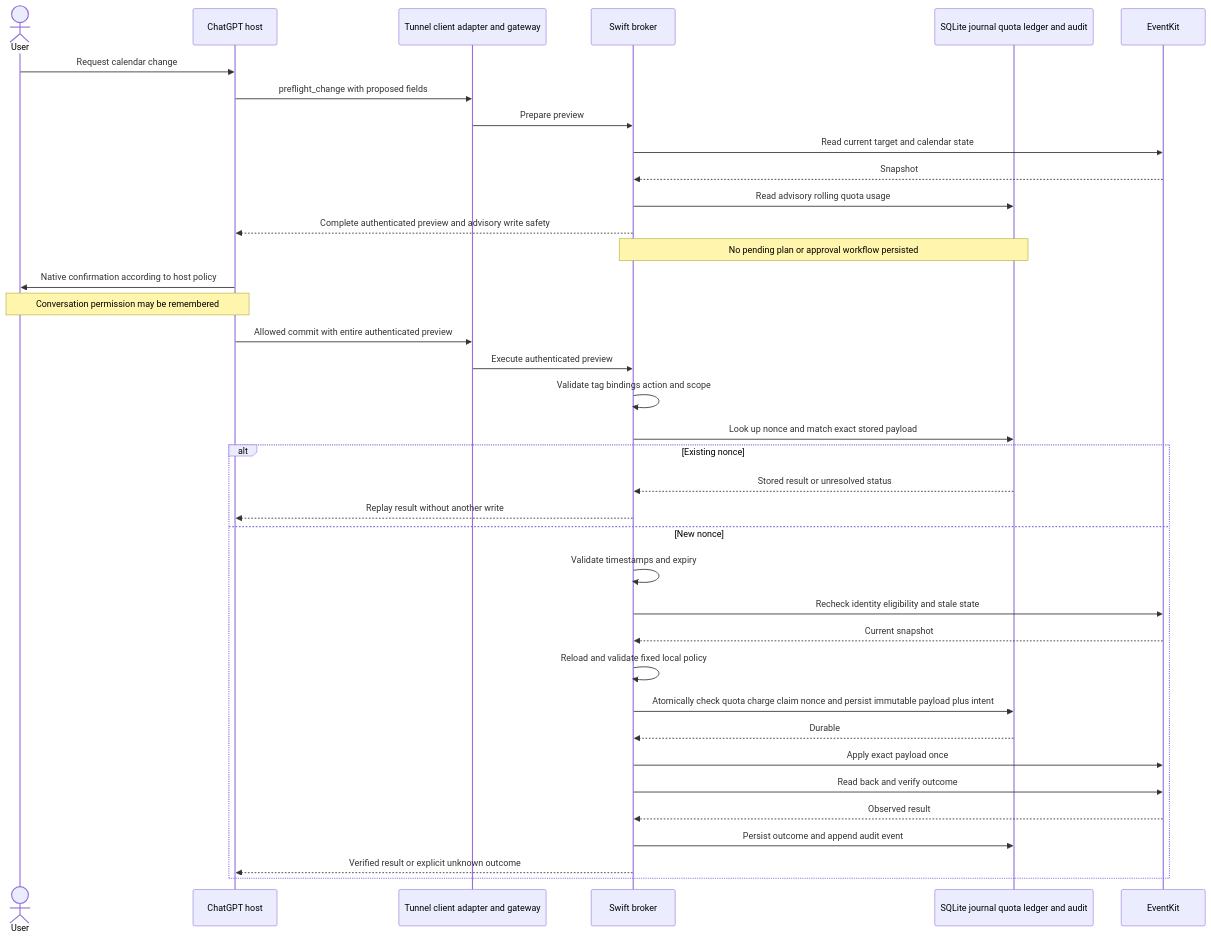
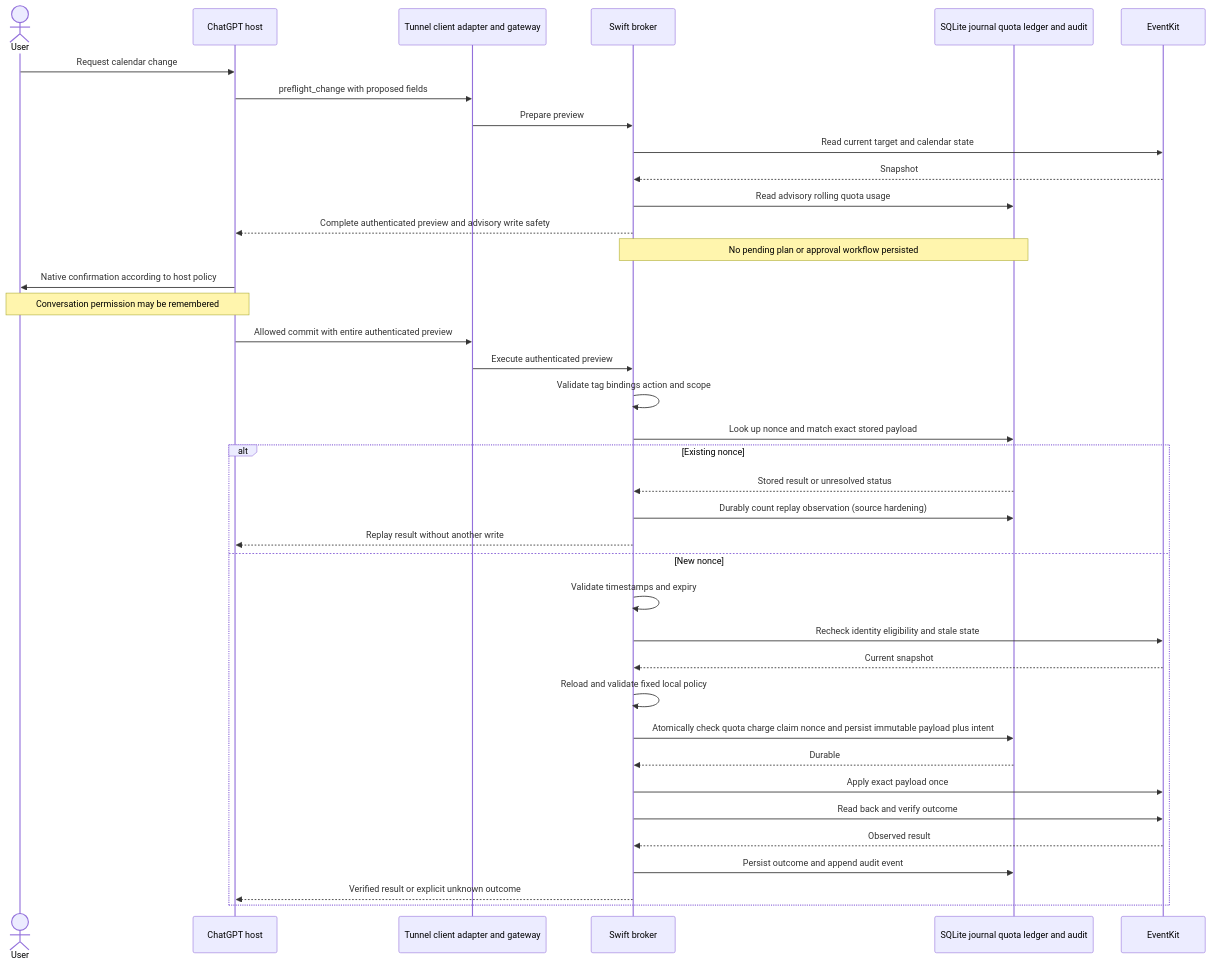
One commit to rmilkowski/icloud-calendar-mcp changed the second of 3 diagrams in docs/architecture.md. Above: the diagram before and after it, drawn with Mermaid. The commit also changed other lines of this file and 9 other files, not shown here.

````diff
--- a/docs/architecture.md
+++ b/docs/architecture.md
@@ -246,39 +247,40 @@
 ```mermaid
 sequenceDiagram
     actor User
     participant Host as ChatGPT host
     participant MCP as Tunnel client adapter and gateway
     participant Broker as Swift broker
     participant DB as SQLite journal quota ledger and audit
     participant EK as EventKit
     User->>Host: Request calendar change
     Host->>MCP: preflight_change with proposed fields
     MCP->>Broker: Prepare preview
     Broker->>EK: Read current target and calendar state
     EK-->>Broker: Snapshot
     Broker->>DB: Read advisory rolling quota usage
     Broker-->>Host: Complete authenticated preview and advisory write safety
     Note over Broker,DB: No pending plan or approval workflow persisted
     Host->>User: Native confirmation according to host policy
     Note over User,Host: Conversation permission may be remembered
     Host->>MCP: Allowed commit with entire authenticated preview
     MCP->>Broker: Execute authenticated preview
     Broker->>Broker: Validate tag bindings action and scope
     Broker->>DB: Look up nonce and match exact stored payload
     alt Existing nonce
         DB-->>Broker: Stored result or unresolved status
+        Broker->>DB: Durably count replay observation (source hardening)
         Broker-->>Host: Replay result without another write
     else New nonce
     Broker->>Broker: Validate timestamps and expiry
     Broker->>EK: Recheck identity eligibility and stale state
     EK-->>Broker: Current snapshot
     Broker->>Broker: Reload and validate fixed local policy
     Broker->>DB: Atomically check quota charge claim nonce and persist immutable payload plus intent
     DB-->>Broker: Durable
     Broker->>EK: Apply exact payload once
     Broker->>EK: Read back and verify outcome
     EK-->>Broker: Observed result
     Broker->>DB: Persist outcome and append audit event
     Broker-->>Host: Verified result or explicit unknown outcome
     end
 ```
````
